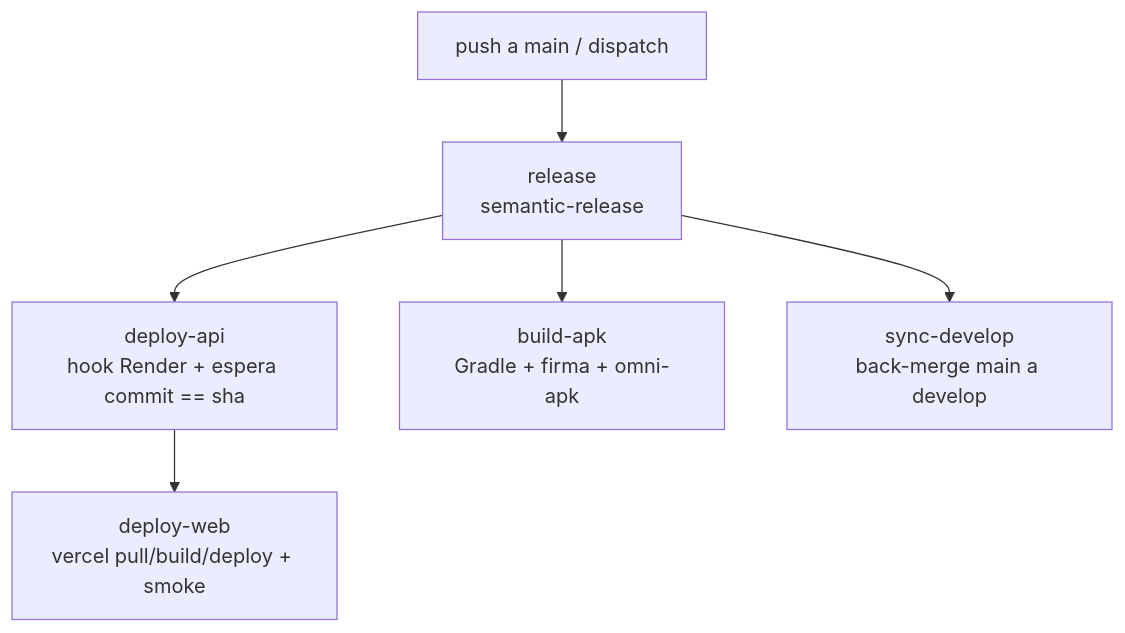
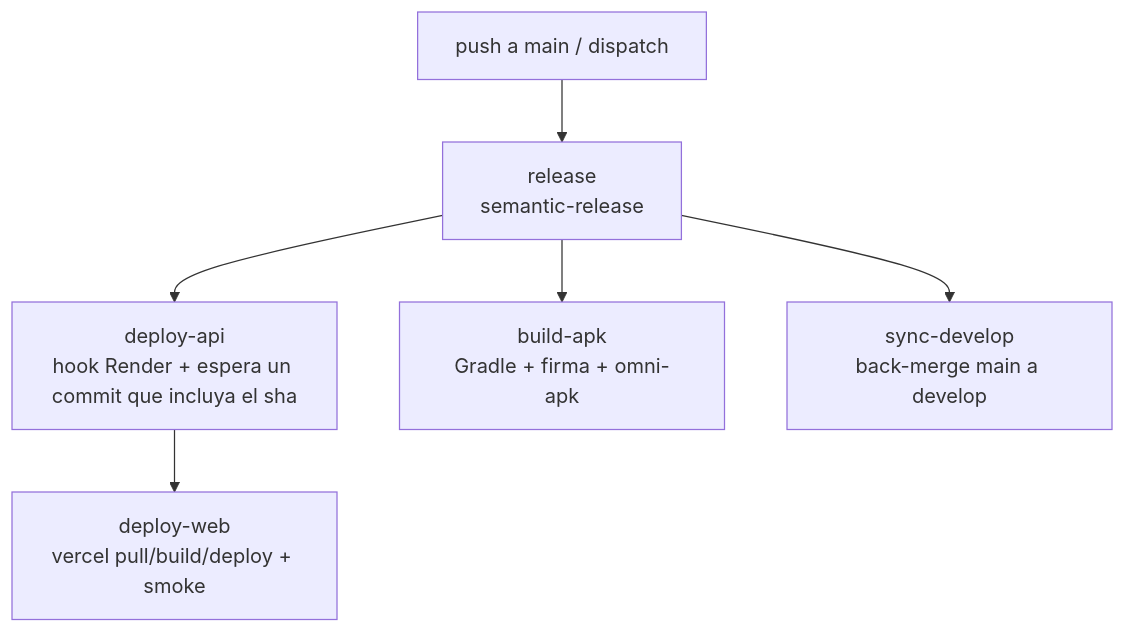
One commit to Leancoggiola/omni changed the second of 2 diagrams in docs/ops/deployment.md. Above: the diagram before and after it, drawn with Mermaid. The commit also changed other lines of this file and 4 other files, not shown here.

````diff
--- a/docs/ops/deployment.md
+++ b/docs/ops/deployment.md
@@ -38,8 +38,8 @@
 ```mermaid
 flowchart TD
   T["push a main / dispatch"] --> REL["release<br/>semantic-release"]
-  REL --> API["deploy-api<br/>hook Render + espera commit == sha"]
+  REL --> API["deploy-api<br/>hook Render + espera un commit que incluya el sha"]
   API --> WEB["deploy-web<br/>vercel pull/build/deploy + smoke"]
   REL --> APK["build-apk<br/>Gradle + firma + omni-apk"]
   REL --> SYNC["sync-develop<br/>back-merge main a develop"]
 ```
````
